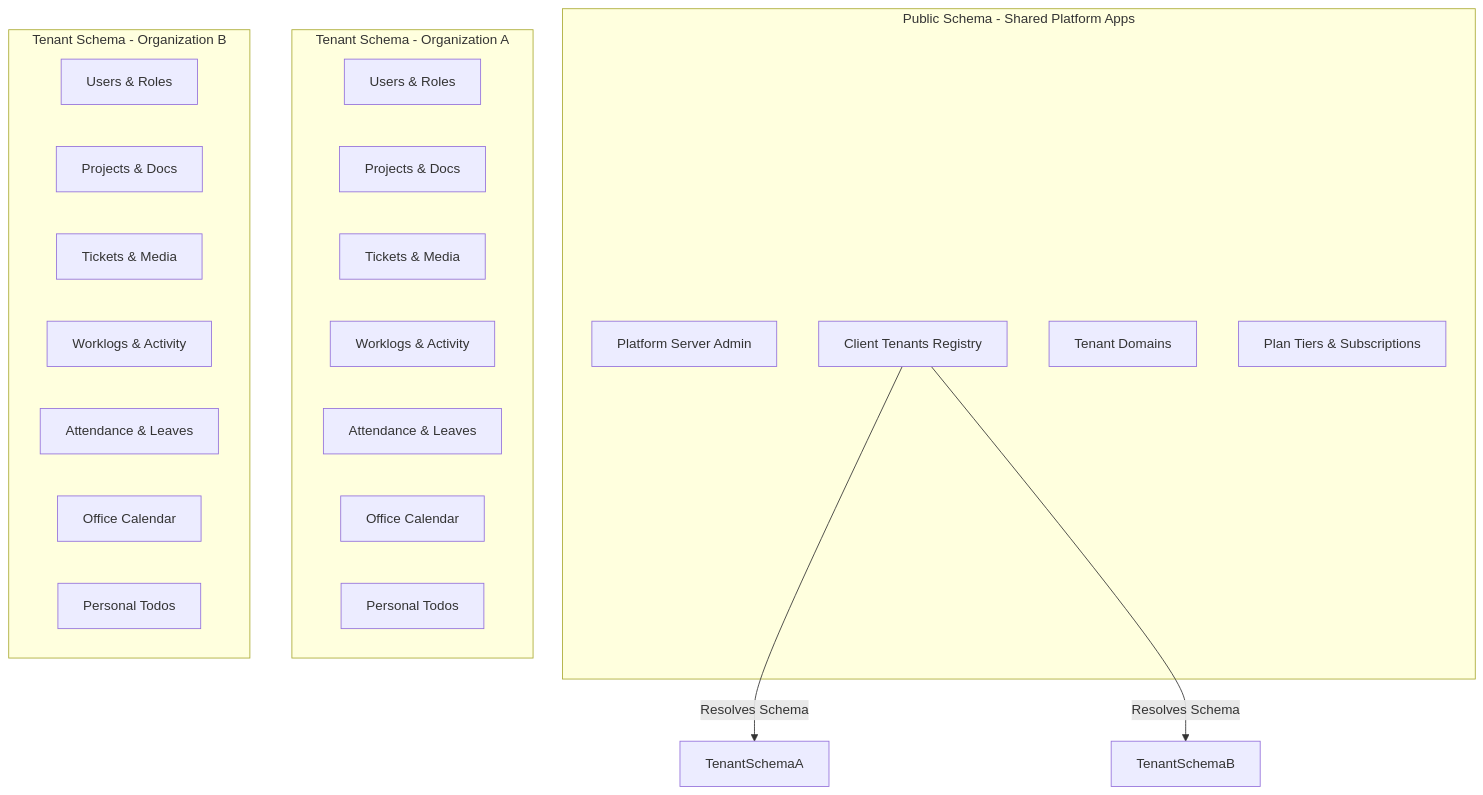
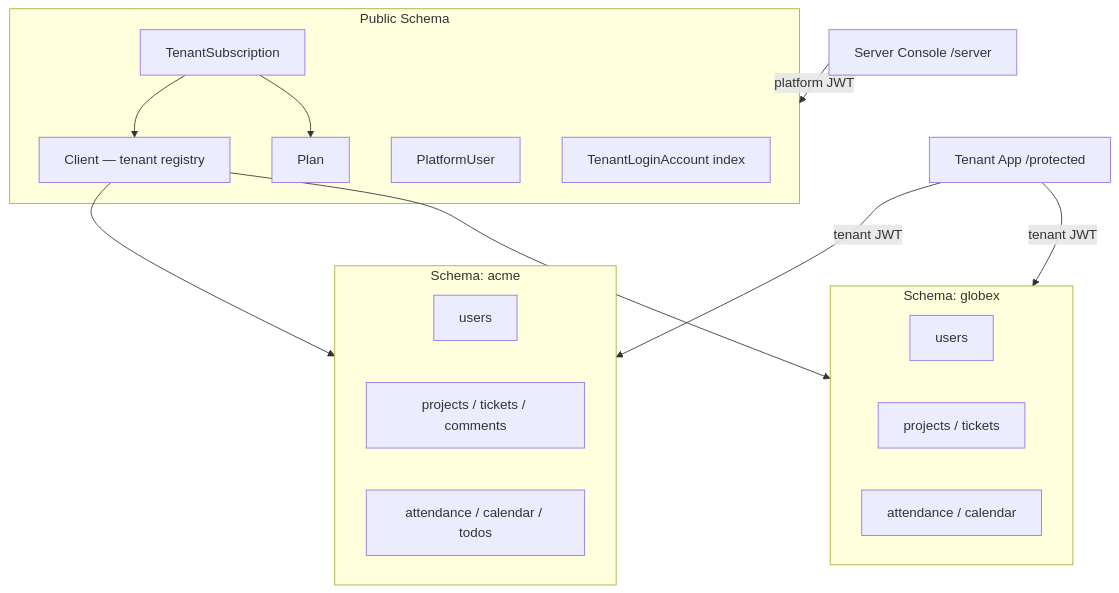
Before and after one commit to Blakros3s/Ticket.np: the first of 2 diagrams in PRD.md, drawn with Mermaid. The commit also changed other lines of this file and 97 other files, not shown here.

````diff
--- a/PRD.md
+++ b/PRD.md
@@ -31,32 +103,30 @@
 ```mermaid
-graph TD
-    subgraph Public Schema [Public Schema - Shared Platform Apps]
-        Admin[Platform Server Admin]
-        Clients[Client Tenants Registry]
-        Domains[Tenant Domains]
-        Plans[Plan Tiers & Subscriptions]
-    end
-    
-    subgraph Tenant Schema A [Tenant Schema - Organization A]
-        UsersA[Users & Roles]
-        ProjA[Projects & Docs]
-        TktA[Tickets & Media]
-        LogsA[Worklogs & Activity]
-        HR_A[Attendance & Leaves]
-        CalA[Office Calendar]
-        TodoA[Personal Todos]
+flowchart TB
+    subgraph public [Public Schema]
+        PU[PlatformUser]
+        CL[Client — tenant registry]
+        PL[Plan]
+        SUB[TenantSubscription]
+        LA[TenantLoginAccount index]
     end
 
-    subgraph Tenant Schema B [Tenant Schema - Organization B]
-        UsersB[Users & Roles]
-        ProjB[Projects & Docs]
-        TktB[Tickets & Media]
-        LogsB[Worklogs & Activity]
-        HR_B[Attendance & Leaves]
-        CalB[Office Calendar]
-        TodoB[Personal Todos]
+    subgraph tenantA [Schema: acme]
+        UA[users]
+        PA[projects / tickets / comments]
+        HA[attendance / calendar / todos]
     end
 
-    Clients -->|Resolves Schema| TenantSchemaA
-    Clients -->|Resolves Schema| TenantSchemaB
+    subgraph tenantB [Schema: globex]
+        UB[users]
+        PB[projects / tickets]
+        HB[attendance / calendar]
+    end
+
+    ServerUI[Server Console /server] -->|platform JWT| public
+    TenantUI[Tenant App /protected] -->|tenant JWT| tenantA
+    TenantUI -->|tenant JWT| tenantB
+    CL --> tenantA
+    CL --> tenantB
+    SUB --> CL
+    SUB --> PL
 ```
````
